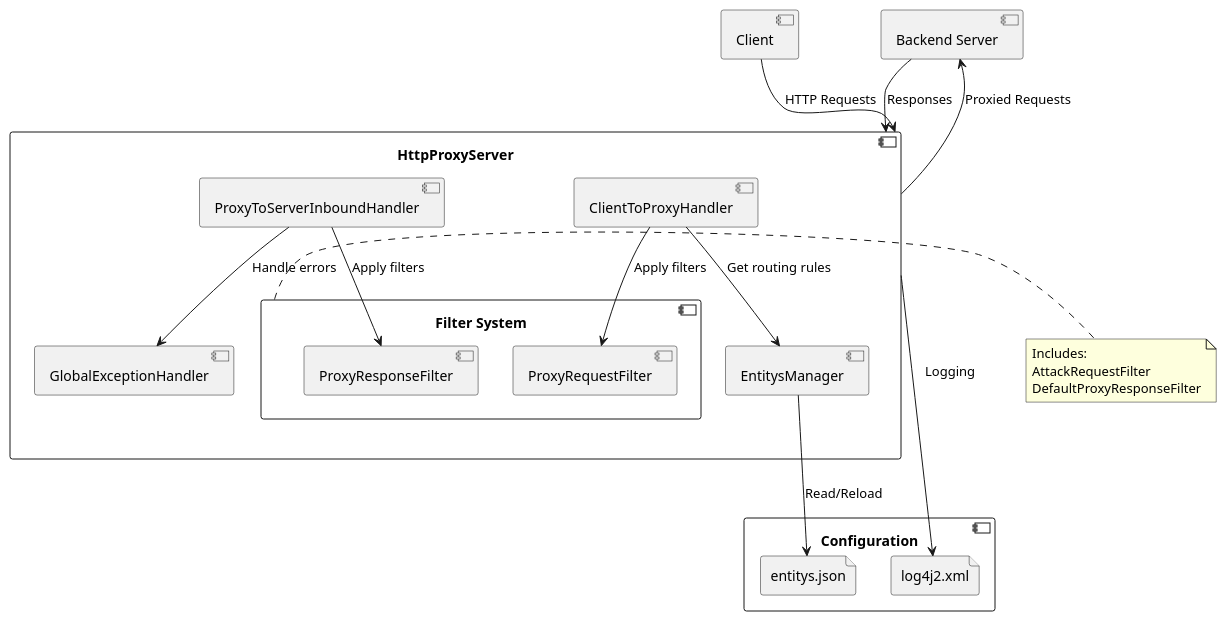
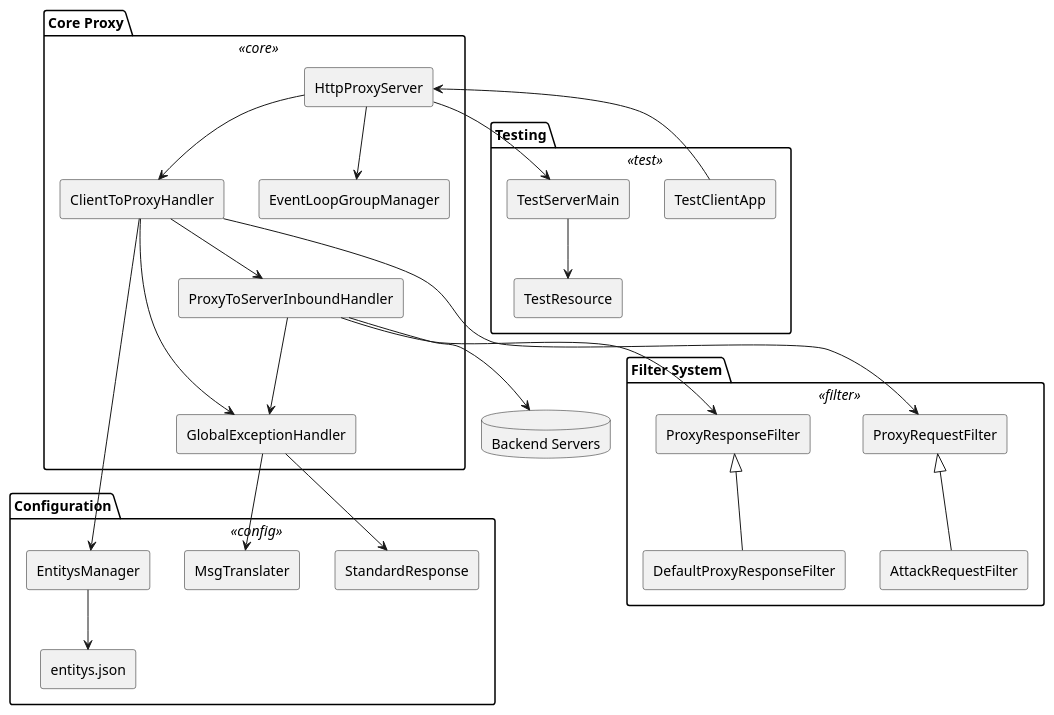
The diagram in experiemts/promptTechniques/1shot/Deepseek_V2.5/oneShot_deepseek_plantumlcode/lvyahui8_http-proxy.puml (sa4s-serc/ViewGeneration), drawn with PlantUML before and after one commit. The commit also changed other lines of this file and 1720 other files, not shown here.

```diff
--- a/experiemts/promptTechniques/1shot/Deepseek_V2.5/oneShot_deepseek_plantumlcode/lvyahui8_http-proxy.puml
+++ b/experiemts/promptTechniques/1shot/Deepseek_V2.5/oneShot_deepseek_plantumlcode/lvyahui8_http-proxy.puml
@@ -2,37 +1,57 @@
-@startuml lvyahui8_http-proxy
-component "Client" as Client
-component "HttpProxyServer" as ProxyServer {
-    component "ClientToProxyHandler" as ClientHandler
-    component "ProxyToServerInboundHandler" as ServerHandler
-    component "EntitysManager" as EntityManager
-    component "GlobalExceptionHandler" as ExceptionHandler
-    component "Filter System" as Filters {
-        component "ProxyRequestFilter" as RequestFilter
-        component "ProxyResponseFilter" as ResponseFilter
-    }
+@startuml ivyahui8_http-proxy
+skinparam rectangle {
+  BackgroundColor<<core>> #d9e7fd
+  BackgroundColor<<filter>> #d8f5d3
+  BackgroundColor<<config>> #fddddd
+  BackgroundColor<<test>> #fff1c9
+  Style roundrect
+}
+skinparam defaultTextAlignment center
+
+package "Core Proxy" <<core>> {
+  rectangle "HttpProxyServer" as Server
+  rectangle "ClientToProxyHandler" as ClientHandler
+  rectangle "ProxyToServerInboundHandler" as ServerHandler
+  rectangle "GlobalExceptionHandler" as ExceptionHandler
+  rectangle "EventLoopGroupManager" as EventLoop
+  Server --> ClientHandler
+  ClientHandler --> ServerHandler
+  ClientHandler --> ExceptionHandler
+  ServerHandler --> ExceptionHandler
+  Server --> EventLoop
 }
 
-component "Backend Server" as Backend
-component "Configuration" as Config {
-    file "entitys.json" as EntitiesFile
-    file "log4j2.xml" as LogConfig
+package "Filter System" <<filter>> {
+  rectangle "ProxyRequestFilter" as RequestFilter
+  rectangle "ProxyResponseFilter" as ResponseFilter
+  rectangle "AttackRequestFilter" as AttackFilter
+  rectangle "DefaultProxyResponseFilter" as DefaultFilter
+  ClientHandler --> RequestFilter
+  ServerHandler --> ResponseFilter
+  RequestFilter <|-- AttackFilter
+  ResponseFilter <|-- DefaultFilter
 }
 
-Client --> ProxyServer : HTTP Requests
-ProxyServer --> Backend : Proxied Requests
-Backend --> ProxyServer : Responses
+package "Configuration" <<config>> {
+  rectangle "EntitysManager" as EntityManager
+  rectangle "entitys.json" as ConfigFile
+  rectangle "MsgTranslater" as MsgTrans
+  rectangle "StandardResponse" as StdResponse
+  EntityManager --> ConfigFile
+  ExceptionHandler --> MsgTrans
+  ExceptionHandler --> StdResponse
+  ClientHandler --> EntityManager
+}
 
-ClientHandler --> EntityManager : Get routing rules
-ClientHandler --> RequestFilter : Apply filters
-ServerHandler --> ResponseFilter : Apply filters
-ServerHandler --> ExceptionHandler : Handle errors
+package "Testing" <<test>> {
+  rectangle "TestClientApp" as TestClient
+  rectangle "TestServerMain" as TestServer
+  rectangle "TestResource" as TestResource
+  TestClient --> Server
+  Server --> TestServer
+  TestServer --> TestResource
+}
 
-EntityManager --> EntitiesFile : Read/Reload
-ProxyServer --> LogConfig : Logging
-
-note right of Filters
-  Includes:
-  AttackRequestFilter
-  DefaultProxyResponseFilter
-end note
+database "Backend Servers" as Backends
+ServerHandler --> Backends
 @enduml
```
